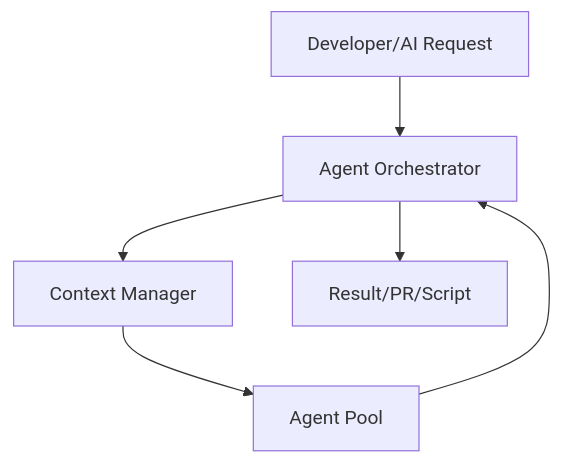
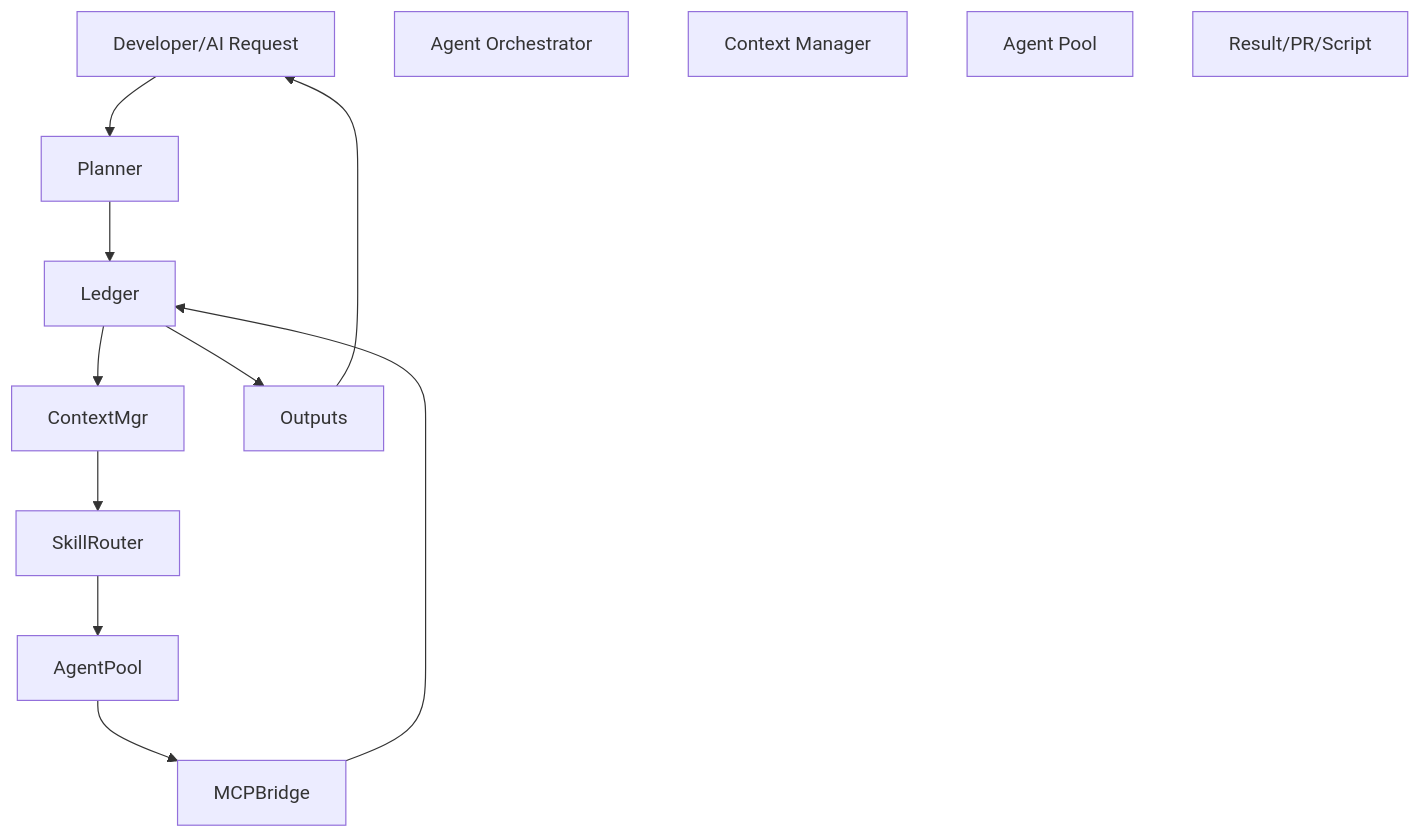
The diagram in docs/diagrams/tooling/agent-orchestration.mmd (Alextorelli/ProspectPro), drawn with Mermaid before and after one commit. The commit also changed 9 other files, not shown here.

Commit message:
docs: add technical filetree diagram, update codebase index, unify color palette across diagrams, and update standards

```diff
--- a/docs/diagrams/tooling/agent-orchestration.mmd
+++ b/docs/diagrams/tooling/agent-orchestration.mmd
@@ -1,12 +1,20 @@
 %% Agent Orchestration Workflow
 flowchart TD
     Dev[Developer/AI Request]
     Orchestrator[Agent Orchestrator]
     Context[Context Manager]
     Agents[Agent Pool]
     Output[Result/PR/Script]
-    Dev --> Orchestrator
-    Orchestrator --> Context
-    Context --> Agents
-    Agents --> Orchestrator
-    Orchestrator --> Output
+    Dev --> Planner
+    Planner --> Ledger
+    Ledger --> ContextMgr
+    ContextMgr --> SkillRouter
+    SkillRouter --> AgentPool
+    AgentPool --> MCPBridge
+    MCPBridge --> Ledger
+    Ledger --> Outputs
+    Outputs --> Dev
+    class Dev,Planner,Ledger,AgentPool agent
+    class ContextMgr,SkillRouter context
+    class MCPBridge tools
+    class Outputs output
```
